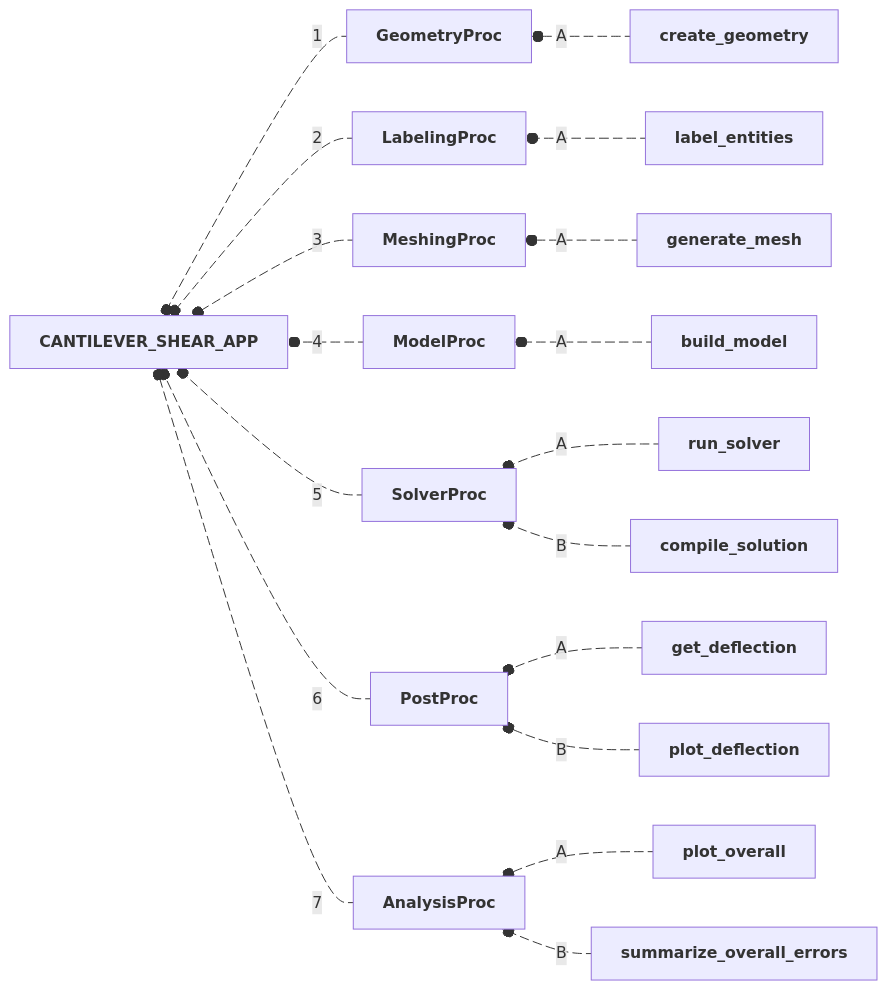
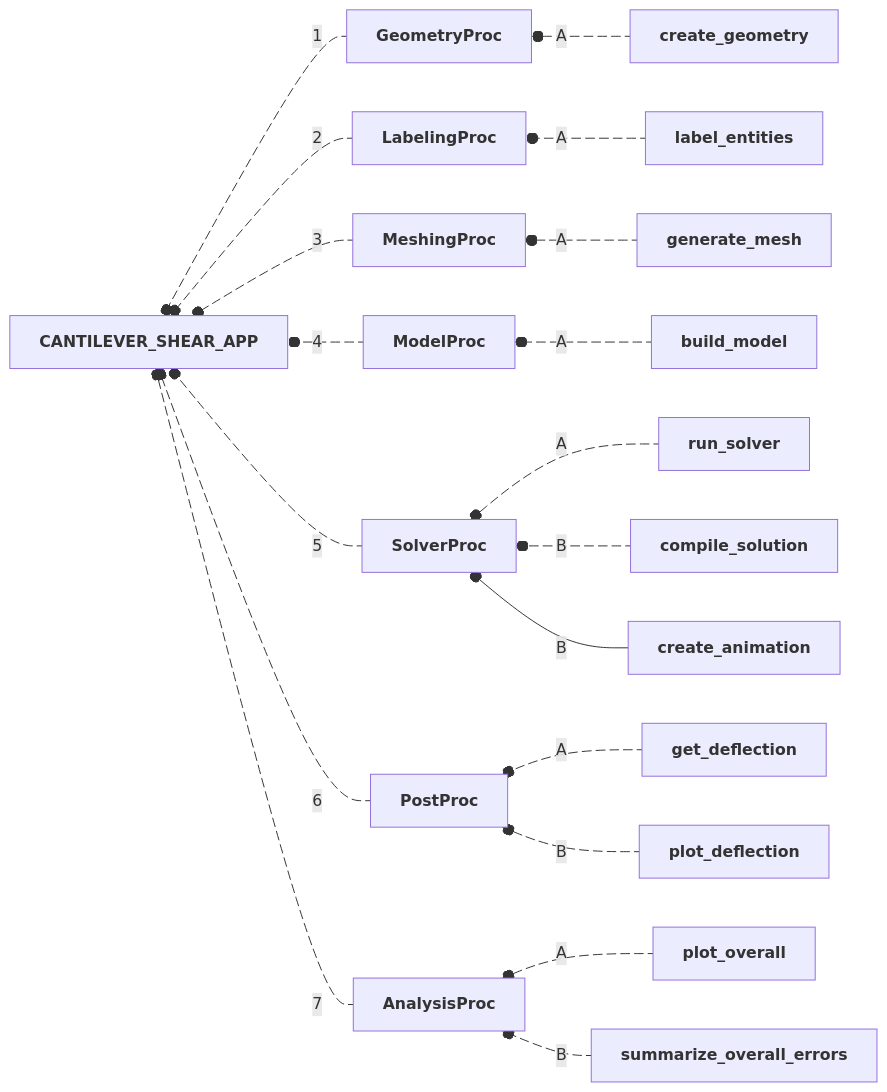
Before and after one commit to nuremics/sim-labs: the first of 16 diagrams in src/nuremics_labs/apps/simulation/CANTILEVER_SHEAR_APP/README.md, drawn with Mermaid. The commit also changed other lines of this file and 11 other files, not shown here.

````diff
--- a/src/nuremics_labs/apps/simulation/CANTILEVER_SHEAR_APP/README.md
+++ b/src/nuremics_labs/apps/simulation/CANTILEVER_SHEAR_APP/README.md
@@ -35,37 +37,38 @@
 ```mermaid
 flowchart RL
   Proc1[<b>GeometryProc<b>] e1@--1--o App[<b>CANTILEVER_SHEAR_APP<b>]
   Proc2[<b>LabelingProc<b>] e2@--2--o App
   Proc3[<b>MeshingProc<b>] e3@--3--o App
   Proc4[<b>ModelProc<b>] e4@--4--o App
   Proc5[<b>SolverProc<b>] e5@--5--o App
   Proc6[<b>PostProc<b>] e6@--6--o App
   Proc7[<b>AnalysisProc<b>] e7@--7--o App
   Op11[<b>create_geometry<b>] e8@--A--o Proc1
   Op21[<b>label_entities<b>] e9@--A--o Proc2
   Op31[<b>generate_mesh<b>] e10@--A--o Proc3
   Op41[<b>build_model<b>] e11@--A--o Proc4
   Op51[<b>run_solver<b>] e12@--A--o Proc5
   Op52[<b>compile_solution<b>] e13@--B--o Proc5
+  Op53[<b>create_animation<b>] e13@--B--o Proc5
   Op61[<b>get_deflection<b>] e14@--A--o Proc6
   Op62[<b>plot_deflection<b>] e15@--B--o Proc6
   Op71[<b>plot_overall<b>] e16@--A--o Proc7
   Op72[<b>summarize_overall_errors<b>] e17@--B--o Proc7
   e1@{ animate: true }
   e2@{ animate: true }
   e3@{ animate: true }
   e4@{ animate: true }
   e5@{ animate: true }
   e6@{ animate: true }
   e7@{ animate: true }
   e8@{ animate: true }
   e9@{ animate: true }
   e10@{ animate: true }
   e11@{ animate: true }
   e12@{ animate: true }
   e13@{ animate: true }
   e14@{ animate: true }
   e15@{ animate: true }
   e16@{ animate: true }
   e17@{ animate: true }
 ```
````
